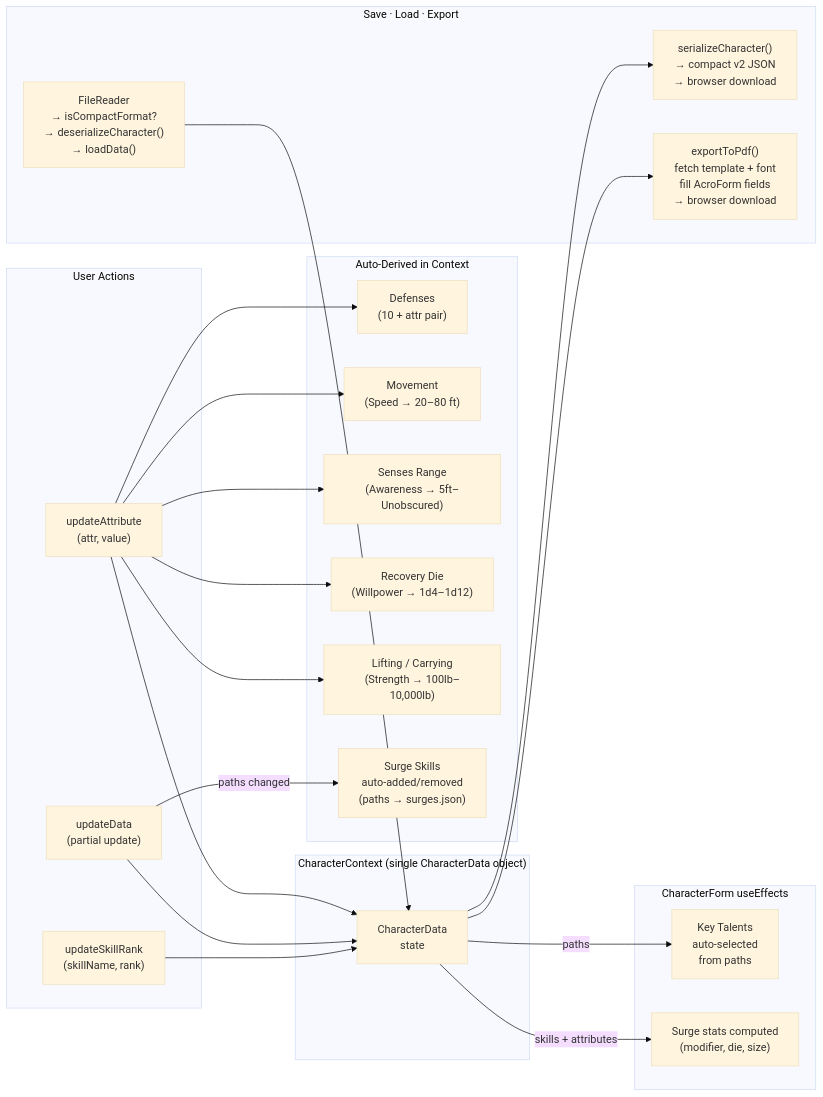
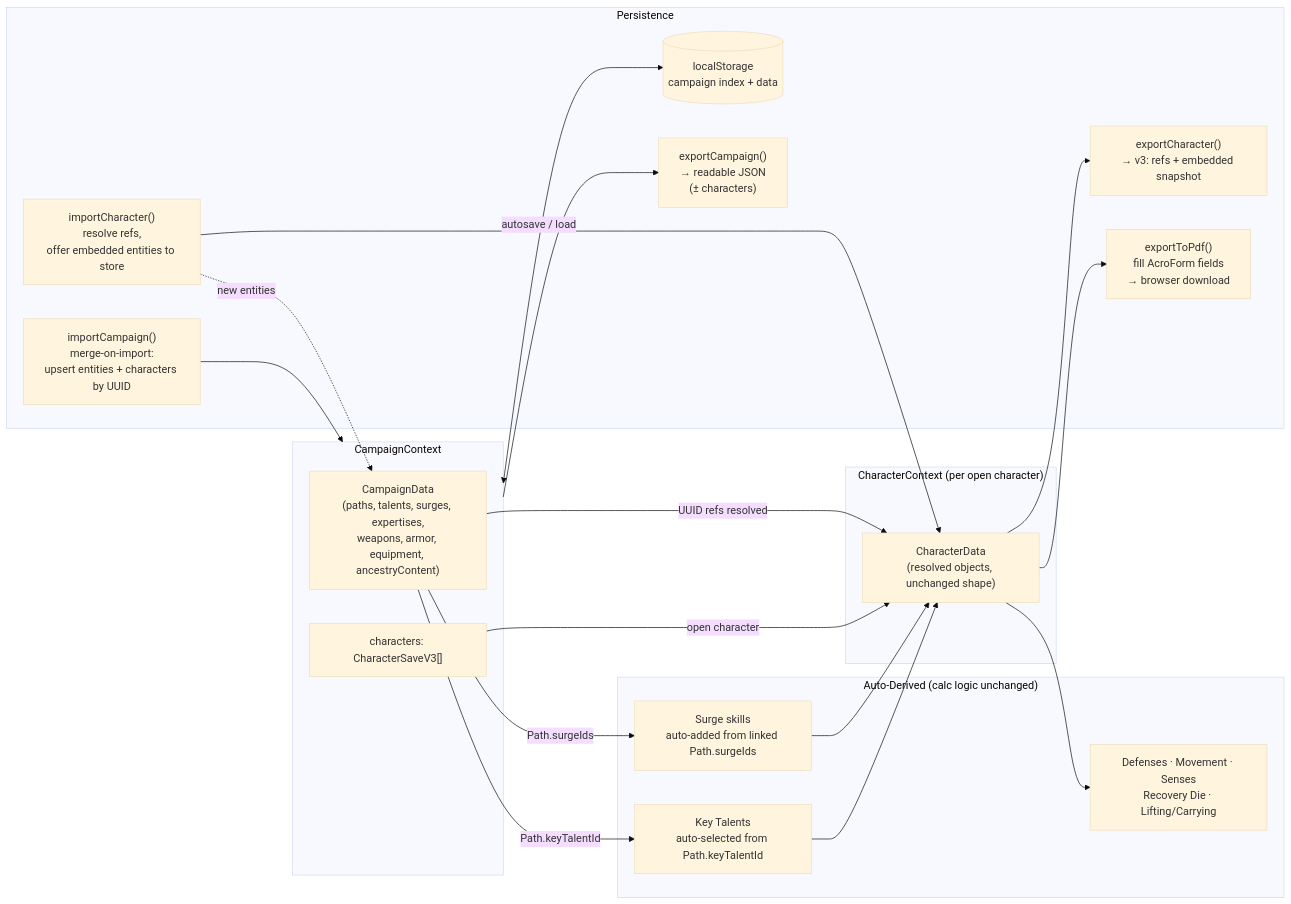
One commit to deafol/cosmere-rpg-character-builder changed the third of 4 diagrams in docs/specs/architecture.md. Above: the diagram before and after it, drawn with Mermaid (base theme). The commit also changed other lines of this file and 1 other file, not shown here.

First line of the commit message:
docs: approve campaign-based re-architecture plan and target diagrams

````diff
--- a/docs/specs/architecture.md
+++ b/docs/specs/architecture.md
@@ -97,41 +107,40 @@
 ```mermaid
 flowchart LR
-    subgraph Context["CharacterContext (single CharacterData object)"]
-        STATE["CharacterData\nstate"]
+    subgraph CampaignState["CampaignContext"]
+        CDATA["CampaignData\n(paths, talents, surges, expertises,\nweapons, armor, equipment, ancestryContent)"]
+        CHARS["characters: CharacterSaveV3[]"]
     end
 
-    subgraph Triggers["User Actions"]
-        UA["updateAttribute\n(attr, value)"]
-        UD["updateData\n(partial update)"]
-        USR["updateSkillRank\n(skillName, rank)"]
+    subgraph CharState["CharacterContext (per open character)"]
+        CD["CharacterData\n(resolved objects, unchanged shape)"]
     end
 
-    subgraph Derived["Auto-Derived in Context"]
-        DEF["Defenses\n(10 + attr pair)"]
-        MOV["Movement\n(Speed → 20–80 ft)"]
-        SEN["Senses Range\n(Awareness → 5ft–Unobscured)"]
-        REC["Recovery Die\n(Willpower → 1d4–1d12)"]
-        CAP["Lifting / Carrying\n(Strength → 100lb–10,000lb)"]
-        SURGE_SK["Surge Skills\nauto-added/removed\n(paths → surges.json)"]
+    subgraph Derived["Auto-Derived (calc logic unchanged)"]
+        DEF["Defenses · Movement · Senses\nRecovery Die · Lifting/Carrying"]
+        SURGE_SK["Surge skills\nauto-added from linked Path.surgeIds"]
+        KT["Key Talents\nauto-selected from Path.keyTalentId"]
     end
 
-    subgraph Effects["CharacterForm useEffects"]
-        KT["Key Talents\nauto-selected\nfrom paths"]
-        SC["Surge stats computed\n(modifier, die, size)"]
+    subgraph Persist["Persistence"]
+        LS[("localStorage\ncampaign index + data")]
+        EXPC["exportCampaign()\n→ readable JSON\n(± characters)"]
+        IMPC["importCampaign()\nmerge-on-import:\nupsert entities + characters by UUID"]
+        EXPCH["exportCharacter()\n→ v3: refs + embedded snapshot"]
+        IMPCH["importCharacter()\nresolve refs,\noffer embedded entities to store"]
+        PDF["exportToPdf()\nfill AcroForm fields\n→ browser download"]
     end
 
-    subgraph IO["Save · Load · Export"]
-        SAVE["serializeCharacter()\n→ compact v2 JSON\n→ browser download"]
-        LOAD["FileReader\n→ isCompactFormat?\n→ deserializeCharacter()\n→ loadData()"]
-        PDF["exportToPdf()\nfetch template + font\nfill AcroForm fields\n→ browser download"]
-    end
-
-    UA --> DEF & MOV & SEN & REC & CAP
-    UD -->|"paths changed"| SURGE_SK
-    UA & UD & USR --> STATE
-    STATE -->|"paths"| KT
-    STATE -->|"skills + attributes"| SC
-    STATE --> SAVE
-    LOAD --> STATE
-    STATE --> PDF
+    CDATA -->|"UUID refs resolved"| CD
+    CHARS -->|"open character"| CD
+    CD --> DEF
+    CDATA -->|"Path.surgeIds"| SURGE_SK
+    CDATA -->|"Path.keyTalentId"| KT
+    SURGE_SK & KT --> CD
+    CampaignState <-->|"autosave / load"| LS
+    CampaignState --> EXPC
+    IMPC --> CampaignState
+    CD --> EXPCH
+    IMPCH --> CD
+    IMPCH -.->|"new entities"| CDATA
+    CD --> PDF
 ```
````
